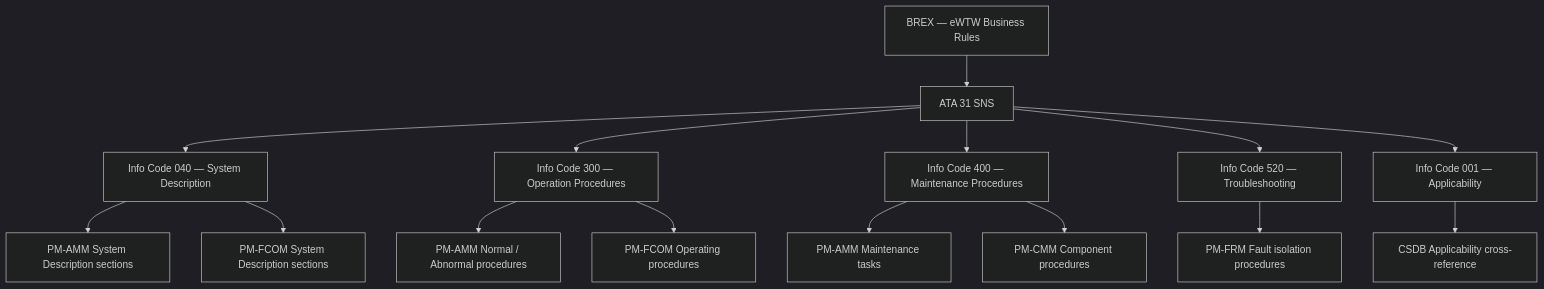
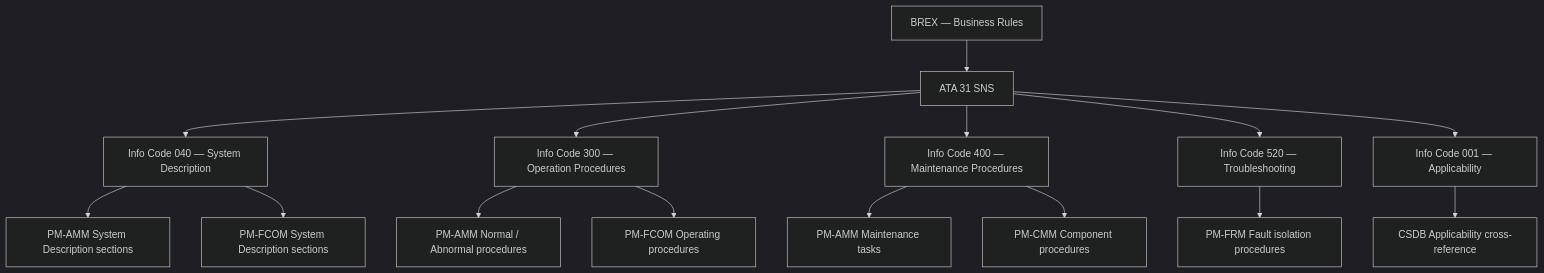
The second of 3 diagrams in Q+ATLANTIDE/000-099_ATLAS/030-039_Proteccion-y-Sistemas-Mecanicos/031_Indicating-and-Recording-Systems/031-090-S1000D-CSDB-Mapping-and-Traceability.md (AmedeoPelliccia/Qplus-For-All-Queer-People-and-Quantum), drawn with Mermaid (dark theme) before and after one commit. The commit also changed other lines of this file and 51 other files, not shown here.

````diff
--- a/Q+ATLANTIDE/000-099_ATLAS/030-039_Proteccion-y-Sistemas-Mecanicos/031_Indicating-and-Recording-Systems/031-090-S1000D-CSDB-Mapping-and-Traceability.md
+++ b/Q+ATLANTIDE/000-099_ATLAS/030-039_Proteccion-y-Sistemas-Mecanicos/031_Indicating-and-Recording-Systems/031-090-S1000D-CSDB-Mapping-and-Traceability.md
@@ -226,17 +227,17 @@
 ```mermaid
 flowchart TB
     SNS[ATA 31 SNS] --> IC040[Info Code 040 — System Description]
     SNS --> IC300[Info Code 300 — Operation Procedures]
     SNS --> IC400[Info Code 400 — Maintenance Procedures]
     SNS --> IC520[Info Code 520 — Troubleshooting]
     SNS --> IC001[Info Code 001 — Applicability]
     IC040 --> PM_AMM_DESC[PM-AMM System Description sections]
     IC040 --> PM_FCOM_SECT[PM-FCOM System Description sections]
     IC300 --> PM_AMM_OPS[PM-AMM Normal / Abnormal procedures]
     IC300 --> PM_FCOM_PROC[PM-FCOM Operating procedures]
     IC400 --> PM_AMM_MNT[PM-AMM Maintenance tasks]
     IC400 --> PM_CMM_TASK[PM-CMM Component procedures]
     IC520 --> PM_FRM_FAULT[PM-FRM Fault isolation procedures]
     IC001 --> CSDB_APP[CSDB Applicability cross-reference]
-    BREX[BREX — eWTW Business Rules] --> SNS
+    BREX[BREX — <PROGRAMME-SHORT> Business Rules] --> SNS
 ```
````
